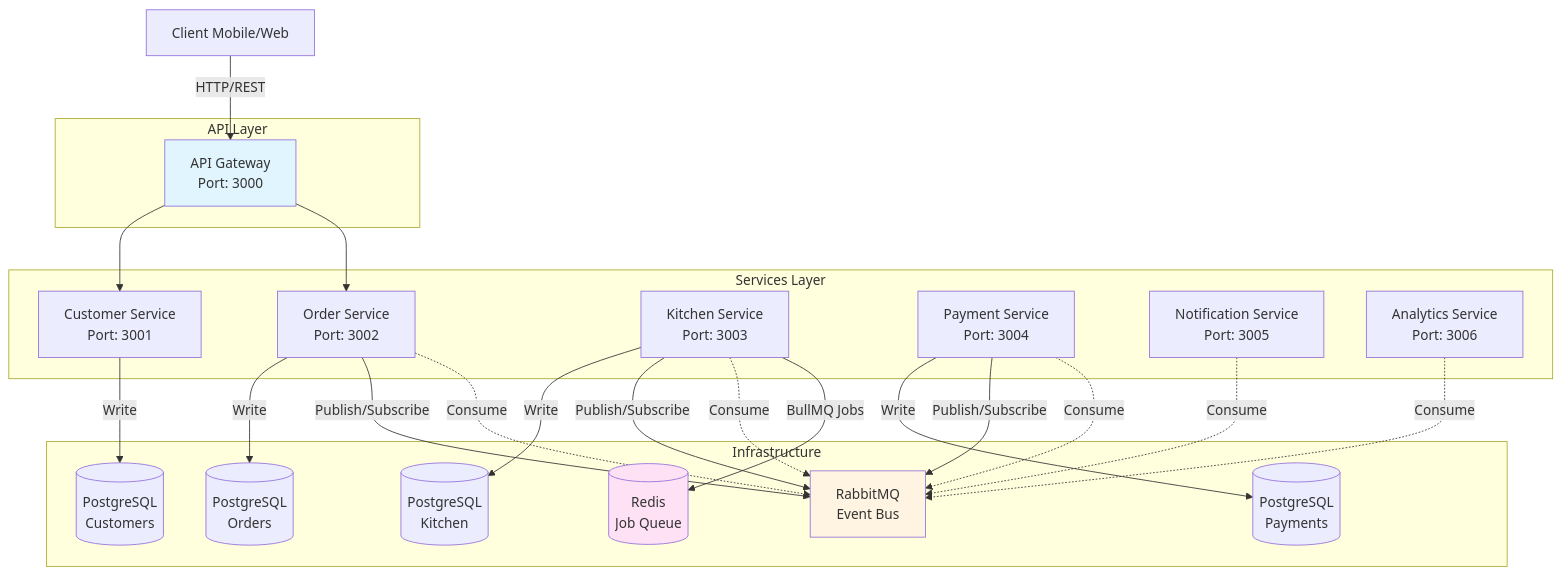
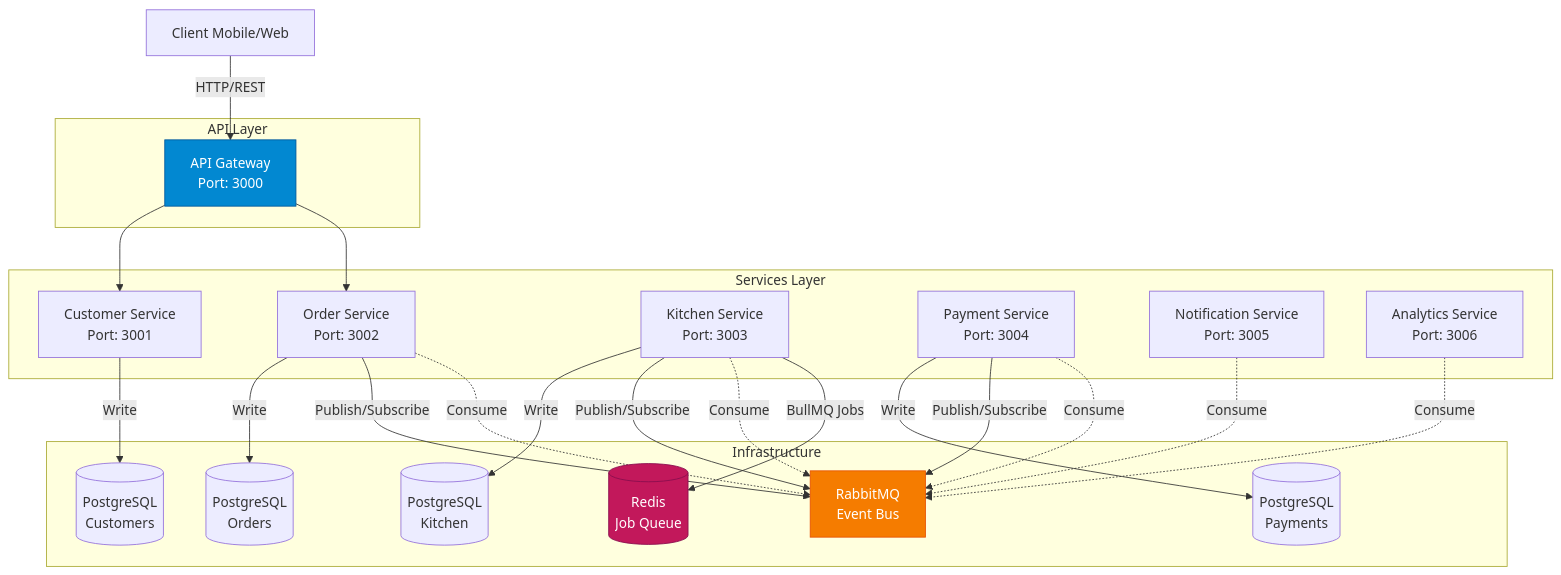
One commit to felipersas/food-delivery-microservices changed the first of 3 diagrams in README.en.md. Above: the diagram before and after it, drawn with Mermaid. The commit also changed 1 other file, not shown here.

Commit message:
style: improve entities background colors

````diff
--- a/README.en.md
+++ b/README.en.md
@@ -11,51 +11,51 @@
 ```mermaid
 graph TB
     Client[Client Mobile/Web]
 
     subgraph "API Layer"
         Gateway[API Gateway<br/>Port: 3000]
     end
 
     subgraph "Services Layer"
         Customer[Customer Service<br/>Port: 3001]
         Order[Order Service<br/>Port: 3002]
         Kitchen[Kitchen Service<br/>Port: 3003]
         Payment[Payment Service<br/>Port: 3004]
         Notification[Notification Service<br/>Port: 3005]
         Analytics[Analytics Service<br/>Port: 3006]
     end
 
     subgraph "Infrastructure"
         RabbitMQ[RabbitMQ<br/>Event Bus]
         Redis[(Redis<br/>Job Queue)]
         Postgres1[(PostgreSQL<br/>Orders)]
         Postgres2[(PostgreSQL<br/>Kitchen)]
         Postgres3[(PostgreSQL<br/>Payments)]
         Postgres4[(PostgreSQL<br/>Customers)]
     end
 
     Client -->|HTTP/REST| Gateway
     Gateway --> Customer
     Gateway --> Order
 
     Order -->|Write| Postgres1
     Kitchen -->|Write| Postgres2
     Payment -->|Write| Postgres3
     Customer -->|Write| Postgres4
 
     Order -->|Publish/Subscribe| RabbitMQ
     Payment -->|Publish/Subscribe| RabbitMQ
     Kitchen -->|Publish/Subscribe| RabbitMQ
 
     Payment -.->|Consume| RabbitMQ
     Kitchen -.->|Consume| RabbitMQ
     Notification -.->|Consume| RabbitMQ
     Analytics -.->|Consume| RabbitMQ
     Order -.->|Consume| RabbitMQ
 
     Kitchen -->|BullMQ Jobs| Redis
 
-    style Gateway fill:#e1f5ff
-    style RabbitMQ fill:#fff4e1
-    style Redis fill:#ffe1f5
+    style Gateway fill:#0288d1,color:#fff,stroke:#01579b,strokeWidth:2px
+    style RabbitMQ fill:#f57c00,color:#fff,stroke:#e65100,strokeWidth:2px
+    style Redis fill:#c2185b,color:#fff,stroke:#880e4f,strokeWidth:2px
 ```
````
